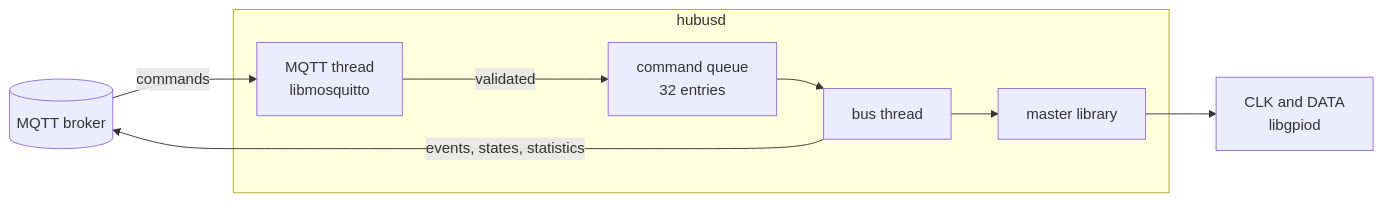
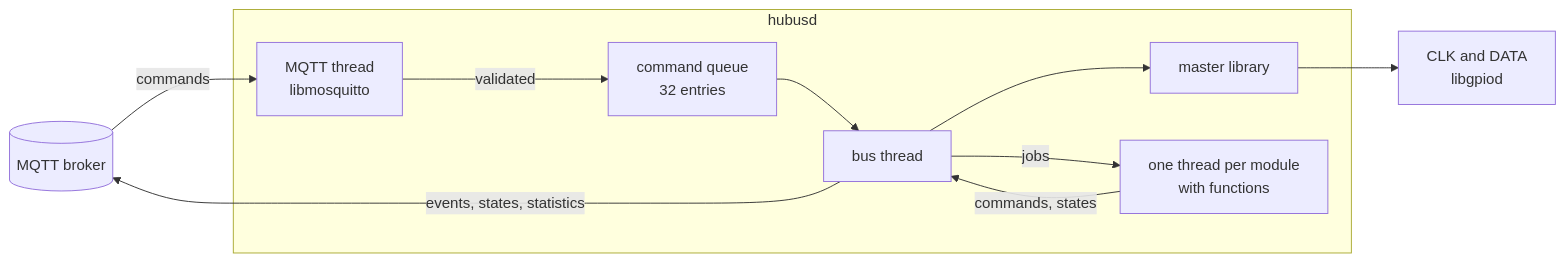
Before and after one commit to GeorgeH87/hubus: the second of 2 diagrams in docs/daemon.md, drawn with Mermaid. The commit also changed other lines of this file and 27 other files, not shown here.

First line of the commit message:
hubusd: functions of a module on one thread per module, LED strip module

````diff
--- a/docs/daemon.md
+++ b/docs/daemon.md
@@ -196,13 +212,15 @@
 ```mermaid
 flowchart LR
     broker[("MQTT broker")]
     subgraph hubusd
         mqtt["MQTT thread<br/>libmosquitto"]
         queue["command queue<br/>32 entries"]
         bus["bus thread"]
         master["master library"]
+        worker["one thread per module<br/>with functions"]
     end
     gpio["CLK and DATA<br/>libgpiod"]
     broker -- commands --> mqtt -- validated --> queue --> bus --> master --> gpio
     bus -- "events, states, statistics" --> broker
+    bus -- "jobs" --> worker -- "commands, states" --> bus
 ```
````
